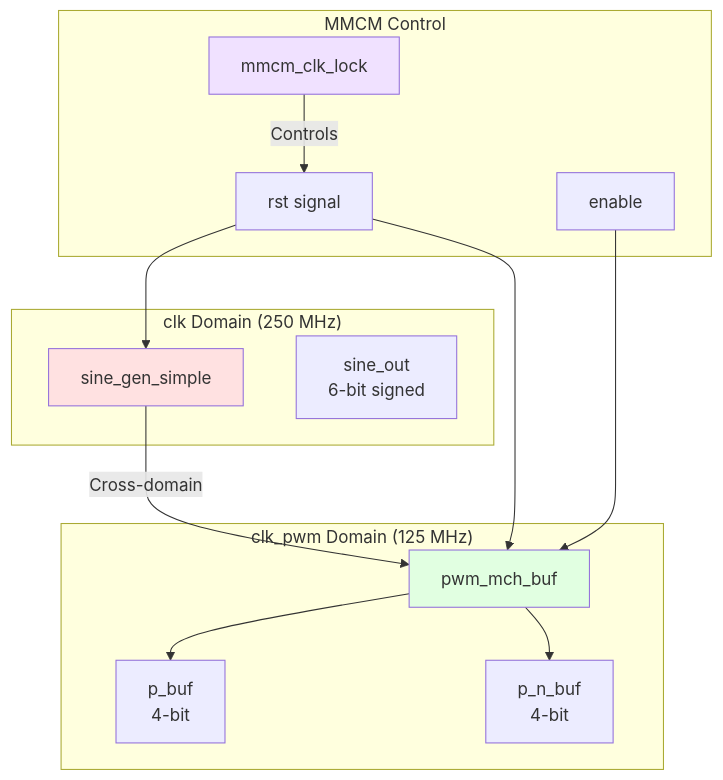
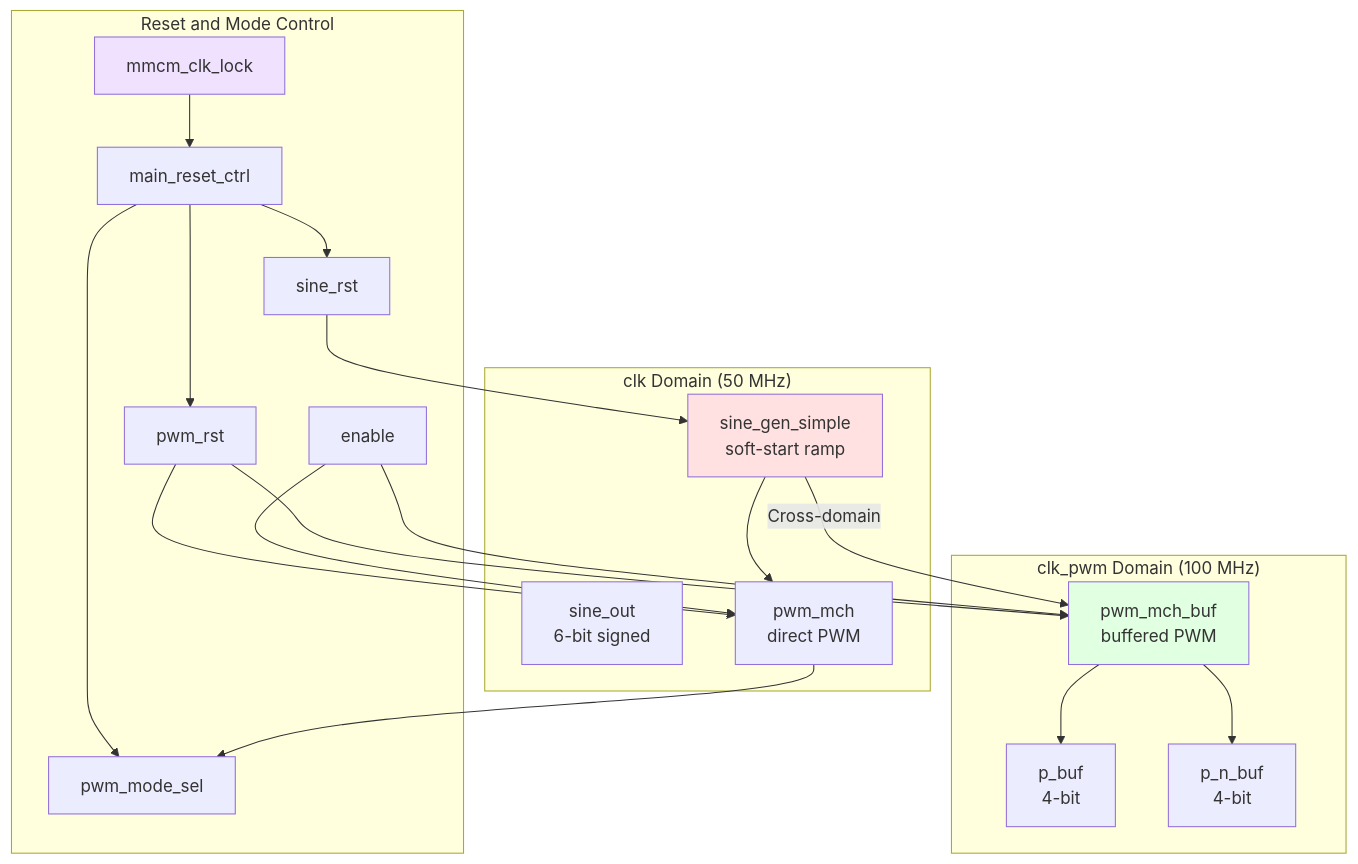
One commit to ekazakov1507/pwm_demo changed the third of 6 diagrams in docs/src/main.md. Above: the diagram before and after it, drawn with Mermaid. The commit also changed other lines of this file and 10 other files, not shown here.

````diff
--- a/docs/src/main.md
+++ b/docs/src/main.md
@@ -163,32 +186,41 @@
 ```mermaid
 graph TB
-    subgraph "clk Domain (250 MHz)"
-        SINE[sine_gen_simple]
+    subgraph "clk Domain (50 MHz)"
+        SINE[sine_gen_simple<br/>soft-start ramp]
         SINE_OUT[sine_out<br/>6-bit signed]
+        DIRECT[pwm_mch<br/>direct PWM]
     end
 
-    subgraph "clk_pwm Domain (125 MHz)"
-        PWM[pwm_mch_buf]
+    subgraph "clk_pwm Domain (100 MHz)"
+        PWM[pwm_mch_buf<br/>buffered PWM]
         PWM_OUT_P[p_buf<br/>4-bit]
         PWM_OUT_N[p_n_buf<br/>4-bit]
     end
 
-    subgraph "MMCM Control"
+    subgraph "Reset and Mode Control"
         LOCK[mmcm_clk_lock]
-        RST[rst signal]
+        RST_CTRL[main_reset_ctrl]
+        SINE_RST[sine_rst]
+        PWM_RST[pwm_rst]
+        MODE[pwm_mode_sel]
         EN[enable]
     end
 
+    SINE --> DIRECT
     SINE -->|Cross-domain| PWM
-    LOCK -->|Controls| RST
-    RST --> SINE
-    RST --> PWM
+    LOCK --> RST_CTRL
+    RST_CTRL --> SINE_RST --> SINE
+    RST_CTRL --> PWM_RST --> DIRECT
+    PWM_RST --> PWM
+    RST_CTRL --> MODE
     EN --> PWM
+    EN --> DIRECT
 
+    DIRECT --> MODE
     PWM --> PWM_OUT_P
     PWM --> PWM_OUT_N
 
     style SINE fill:#ffe1e1
     style PWM fill:#e1ffe1
     style LOCK fill:#f0e1ff
 ```
````
